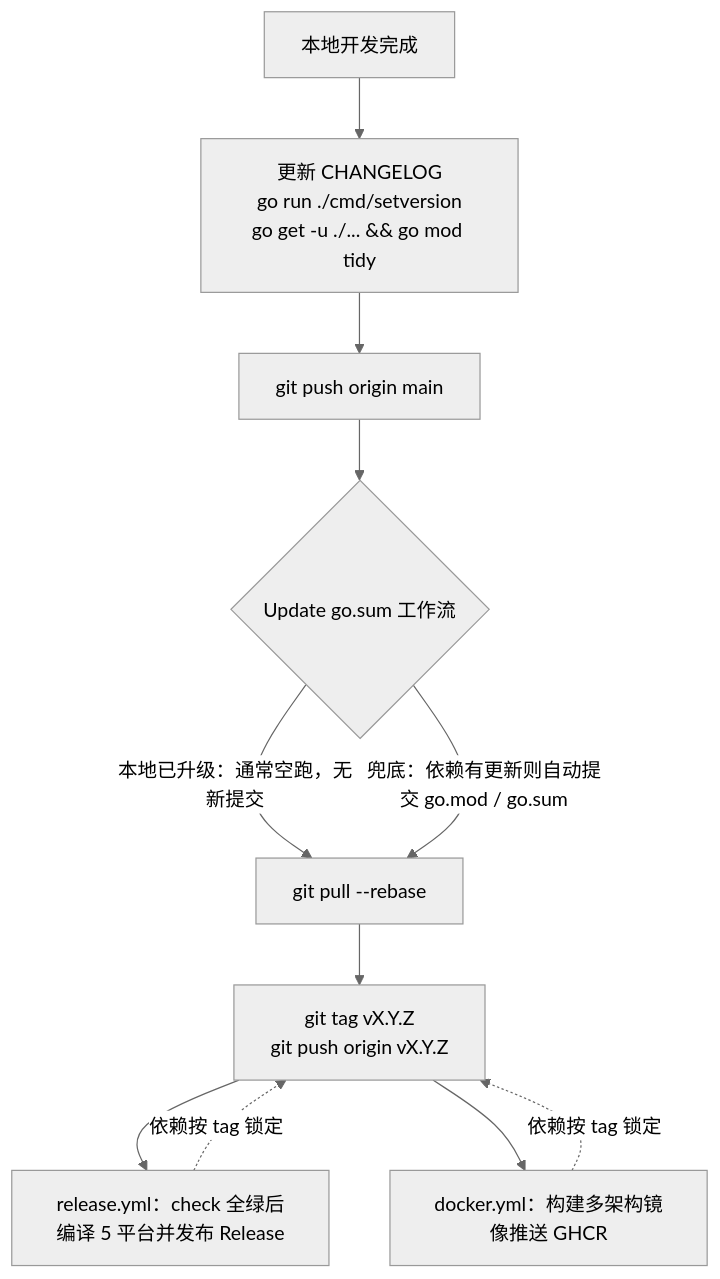
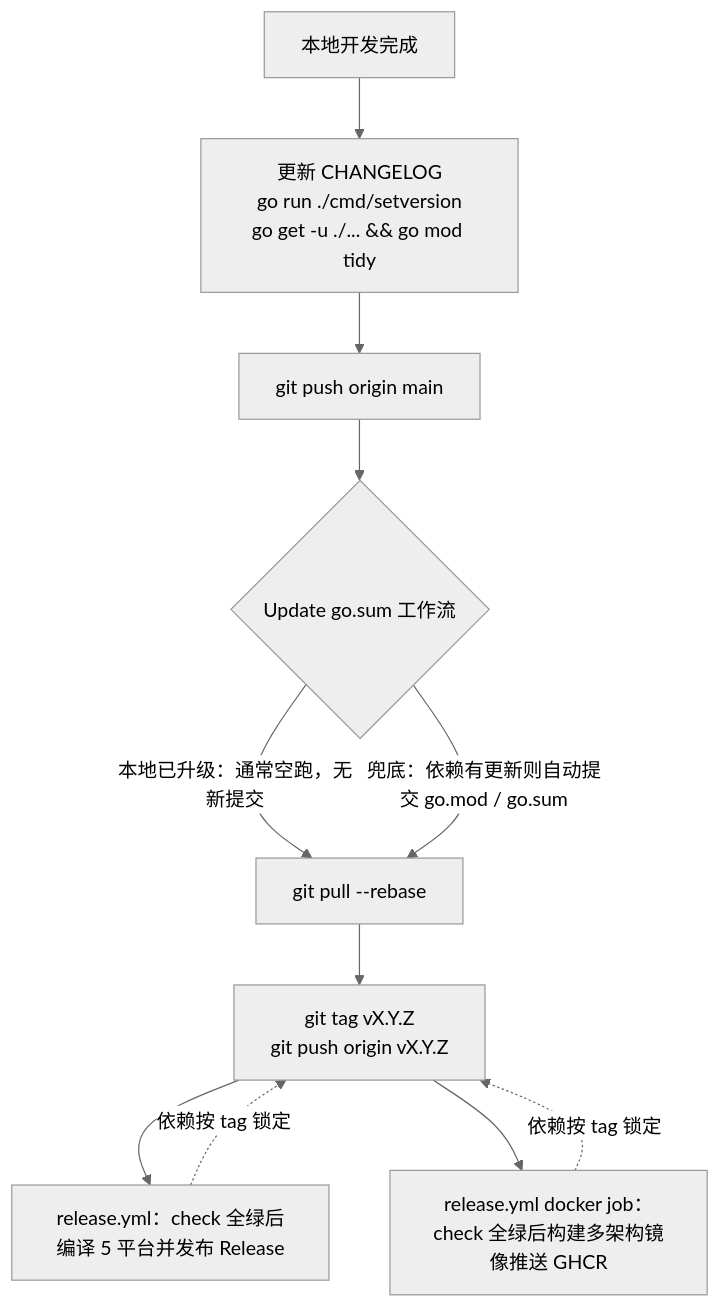
One commit to chihirosyd/img-api changed the diagram in docs/DEPLOY.md. Above: the diagram before and after it, drawn with Mermaid (neutral theme). The commit also changed other lines of this file and 56 other files, not shown here.

````diff
--- a/docs/DEPLOY.md
+++ b/docs/DEPLOY.md
@@ -324,13 +360,13 @@
 ```mermaid
 flowchart TD
     A[本地开发完成] --> B[更新 CHANGELOG<br/>go run ./cmd/setversion<br/>go get -u ./... && go mod tidy]
     B --> C[git push origin main]
     C --> D{Update go.sum 工作流}
     D -->|本地已升级：通常空跑，无新提交| E[git pull --rebase]
     D -->|兜底：依赖有更新则自动提交 go.mod / go.sum| E
     E --> F[git tag vX.Y.Z<br/>git push origin vX.Y.Z]
     F --> G[release.yml：check 全绿后编译 5 平台并发布 Release]
-    F --> H[docker.yml：构建多架构镜像推送 GHCR]
+    F --> H[release.yml docker job：check 全绿后构建多架构镜像推送 GHCR]
     G -.依赖按 tag 锁定.-> F
     H -.依赖按 tag 锁定.-> F
 ```
````
